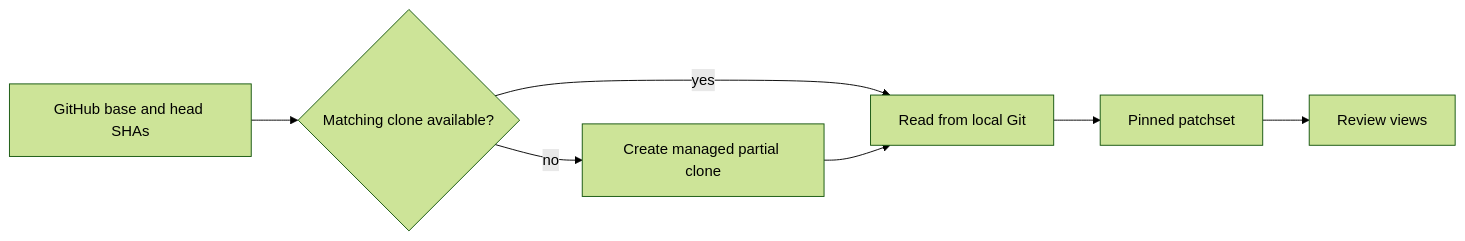
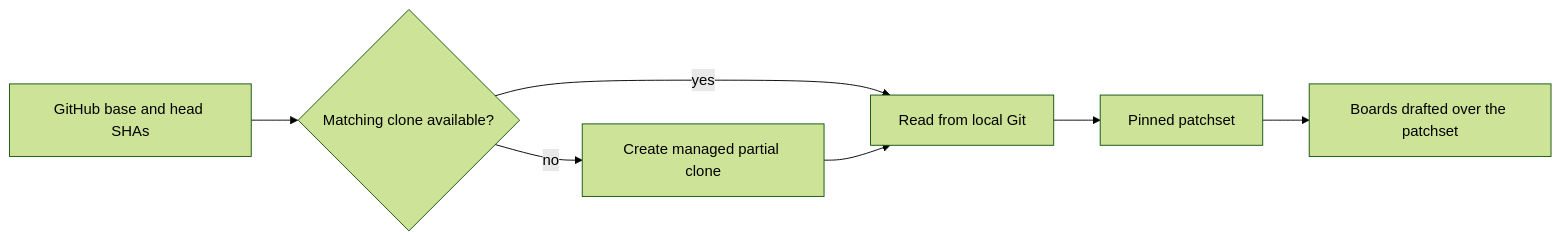
The diagram in docs/using/guides/reviewing-a-github-pr.md (rbutera/Rennet), drawn with Mermaid (forest theme) before and after one commit. The commit also changed other lines of this file and 28 other files, not shown here.

````diff
--- a/docs/using/guides/reviewing-a-github-pr.md
+++ b/docs/using/guides/reviewing-a-github-pr.md
@@ -68,9 +35,9 @@
 ```mermaid
 flowchart LR
   github[GitHub base and head SHAs] --> match{Matching clone available?}
   match -->|yes| local[Read from local Git]
   match -->|no| managed[Create managed partial clone]
   managed --> local
   local --> patchset[Pinned patchset]
-  patchset --> review[Review views]
+  patchset --> boards[Boards drafted over the patchset]
 ```
````
